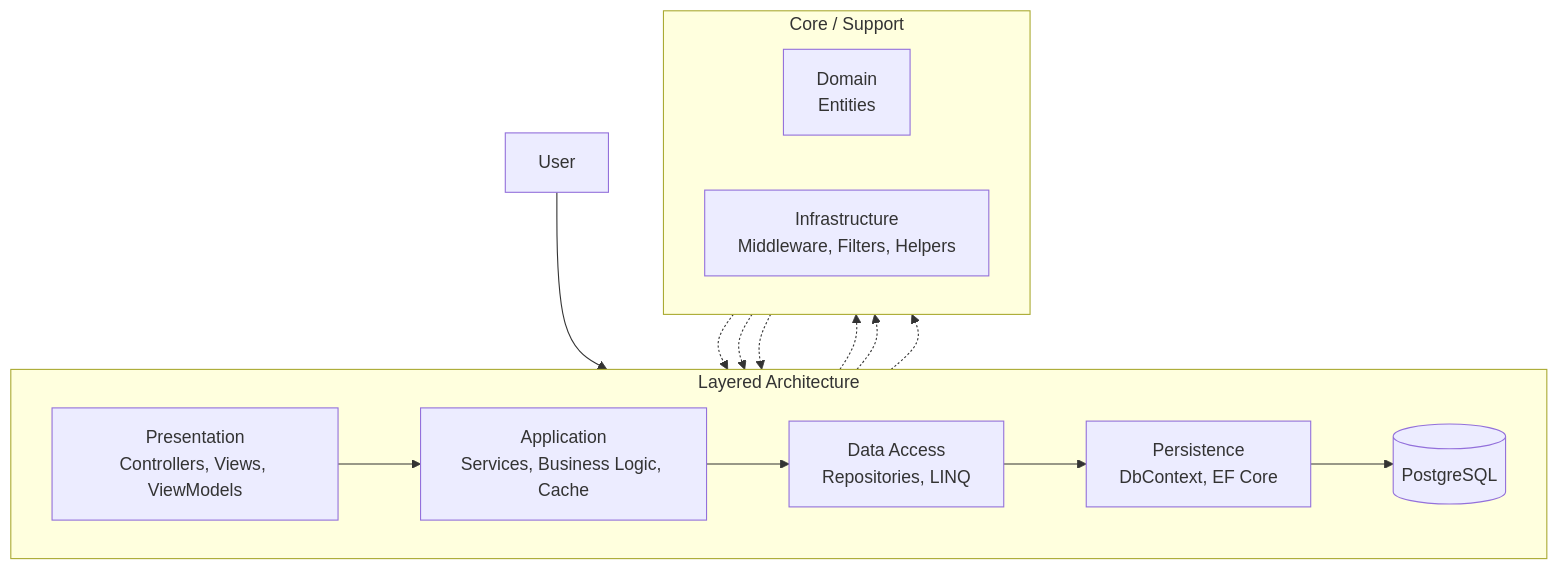
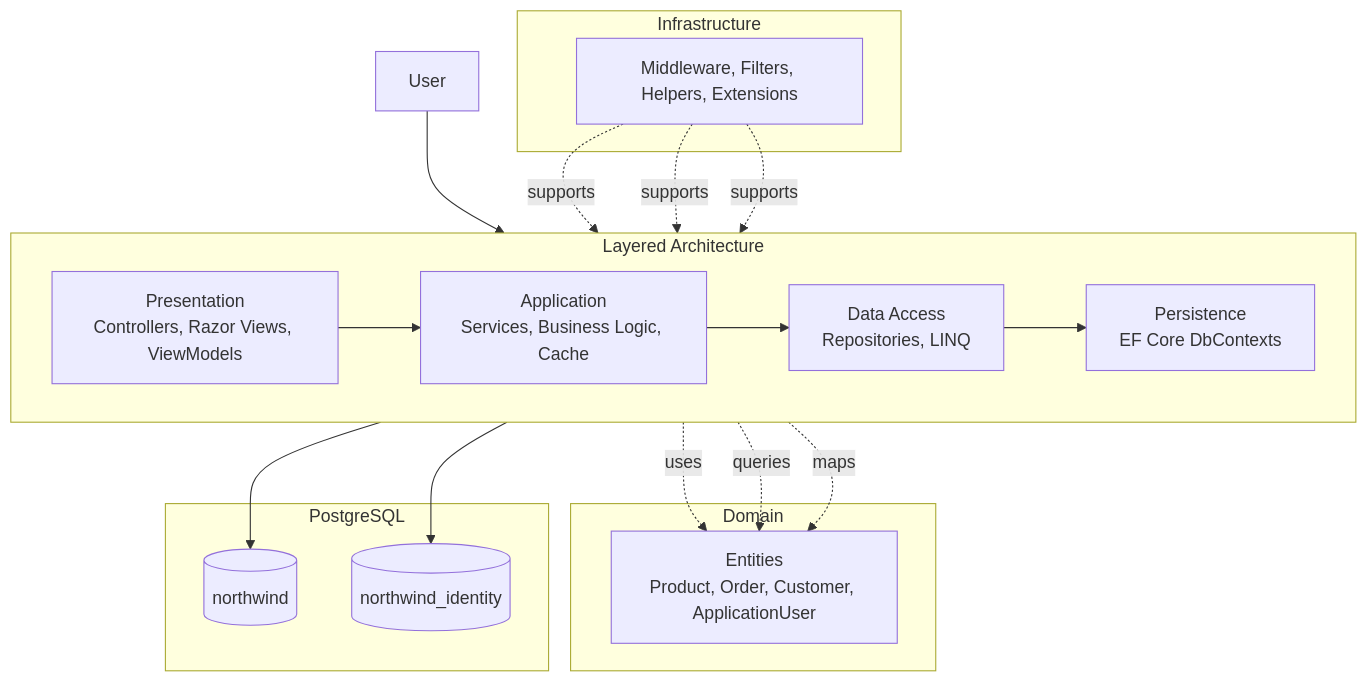
The diagram in README.md (jeffersonmejia/north-taks1-p3), drawn with Mermaid before and after one commit.

Commit message:
feat: add package diagram in README.md

````diff
--- a/README.md
+++ b/README.md
@@ -45,29 +45,43 @@
 ```mermaid
 flowchart TB
     U[User]
 
     subgraph APP["Layered Architecture"]
         direction LR
-        P[Presentation<br/>Controllers, Views, ViewModels]
-        A[Application<br/>Services, Business Logic, Cache]
-        R[Data Access<br/>Repositories, LINQ]
-        D[Persistence<br/>DbContext, EF Core]
-        DB[(PostgreSQL)]
 
-        P --> A --> R --> D --> DB
+        P["Presentation<br/>Controllers, Razor Views, ViewModels"]
+        A["Application<br/>Services, Business Logic, Cache"]
+        R["Data Access<br/>Repositories, LINQ"]
+        D["Persistence<br/>EF Core DbContexts"]
+
+        P --> A
+        A --> R
+        R --> D
     end
 
-    subgraph CORE["Core / Support"]
-        direction LR
-        M[Domain<br/>Entities]
-        I[Infrastructure<br/>Middleware, Filters, Helpers]
+    subgraph CORE["Domain"]
+        M["Entities<br/>Product, Order, Customer, ApplicationUser"]
+    end
+
+    subgraph DB["PostgreSQL"]
+        N[(northwind)]
+        ID[(northwind_identity)]
+    end
+
+    subgraph INF["Infrastructure"]
+        I["Middleware, Filters, Helpers, Extensions"]
     end
 
     U --> P
-    A -.-> M
-    R -.-> M
-    D -.-> M
-    I -.-> P
-    I -.-> A
-    I -.-> D
+
+    A -.uses.-> M
+    R -.queries.-> M
+    D -.maps.-> M
+
+    D --> N
+    D --> ID
+
+    I -.supports.-> P
+    I -.supports.-> A
+    I -.supports.-> D
 ```
````
